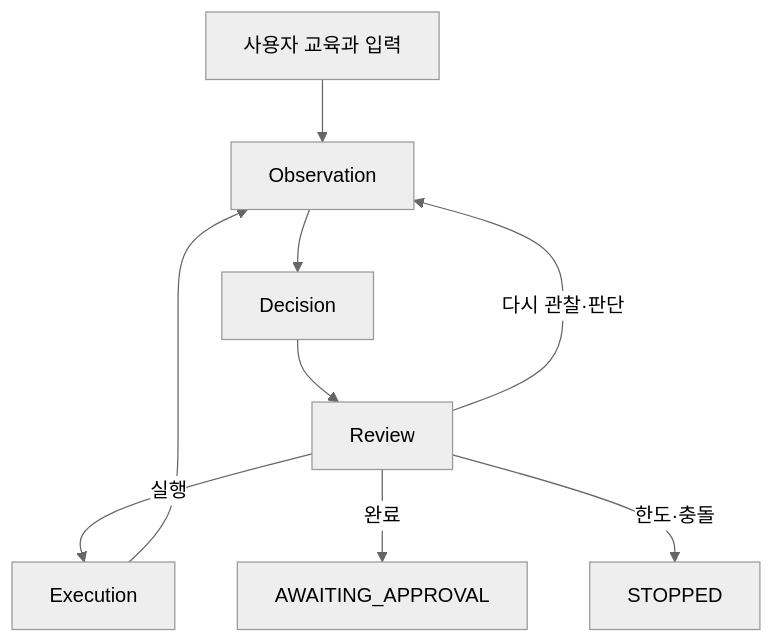
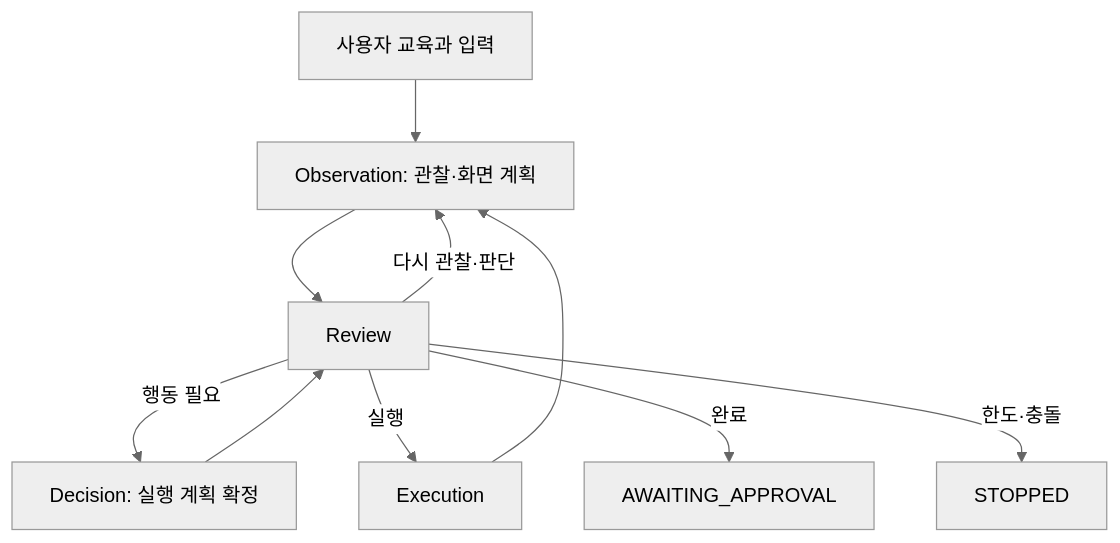
Before and after one commit to Dreamtreeme/agent-sawon: the second of 3 diagrams in docs/code-flow.md, drawn with Mermaid (neutral theme). The commit also changed other lines of this file and 34 other files, not shown here.

````diff
--- a/docs/code-flow.md
+++ b/docs/code-flow.md
@@ -25,11 +25,12 @@
 ```mermaid
 flowchart TD
-    START[사용자 교육과 입력] --> O[Observation]
-    O --> D[Decision]
+    START[사용자 교육과 입력] --> O[Observation: 관찰·화면 계획]
+    O --> R[Review]
+    R -->|행동 필요| D[Decision: 실행 계획 확정]
     D --> R[Review]
     R -->|실행| E[Execution]
     E --> O
     R -->|다시 관찰·판단| O
     R -->|완료| DONE[AWAITING_APPROVAL]
     R -->|한도·충돌| STOP[STOPPED]
 ```
````
